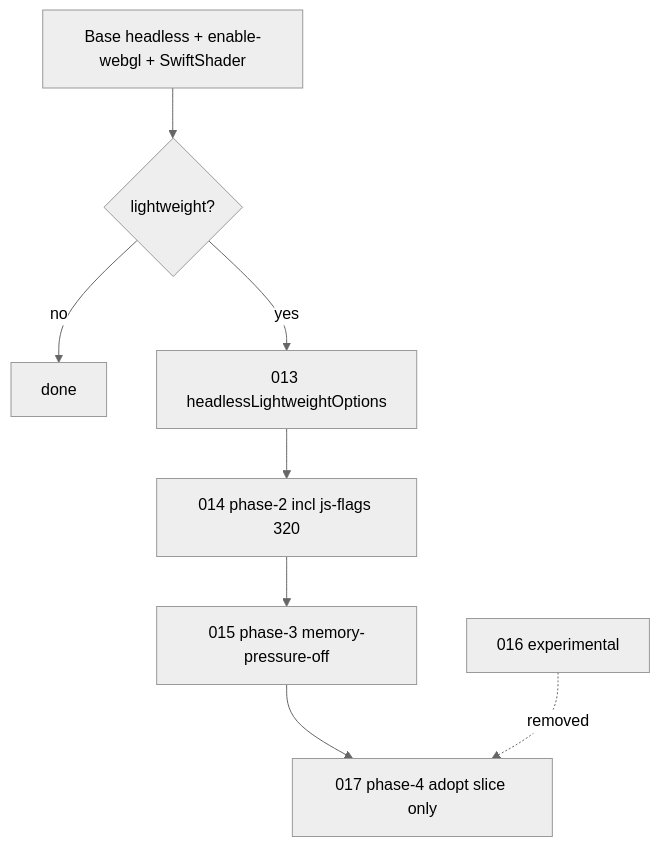
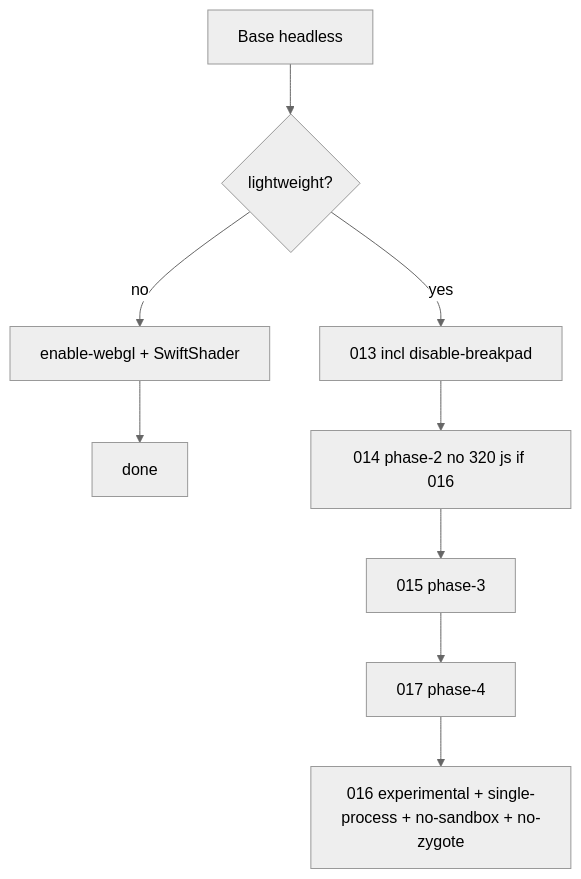
The second of 2 diagrams in specs/017-optimizing-browsers-4/plan.md (cloudpayout/supervisor), drawn with Mermaid (neutral theme) before and after one commit. The commit also changed other lines of this file and 7 other files, not shown here.

````diff
--- a/specs/017-optimizing-browsers-4/plan.md
+++ b/specs/017-optimizing-browsers-4/plan.md
@@ -108,10 +108,11 @@
 ```mermaid
 flowchart TD
-    A[Base headless + enable-webgl + SwiftShader] --> B{lightweight?}
-    B -->|no| Z[done]
-    B -->|yes| C[013 headlessLightweightOptions]
-    C --> D[014 phase-2 incl js-flags 320]
-    D --> E[015 phase-3 memory-pressure-off]
-    E --> F[017 phase-4 adopt slice only]
-    B2[016 experimental] -. removed .-> F
+    A[Base headless] --> B{lightweight?}
+    B -->|no| W[enable-webgl + SwiftShader]
+    W --> Z[done]
+    B -->|yes| C[013 incl disable-breakpad]
+    C --> D[014 phase-2 no 320 js if 016]
+    D --> E[015 phase-3]
+    E --> F[017 phase-4]
+    F --> G[016 experimental + single-process + no-sandbox + no-zygote]
 ```
````
